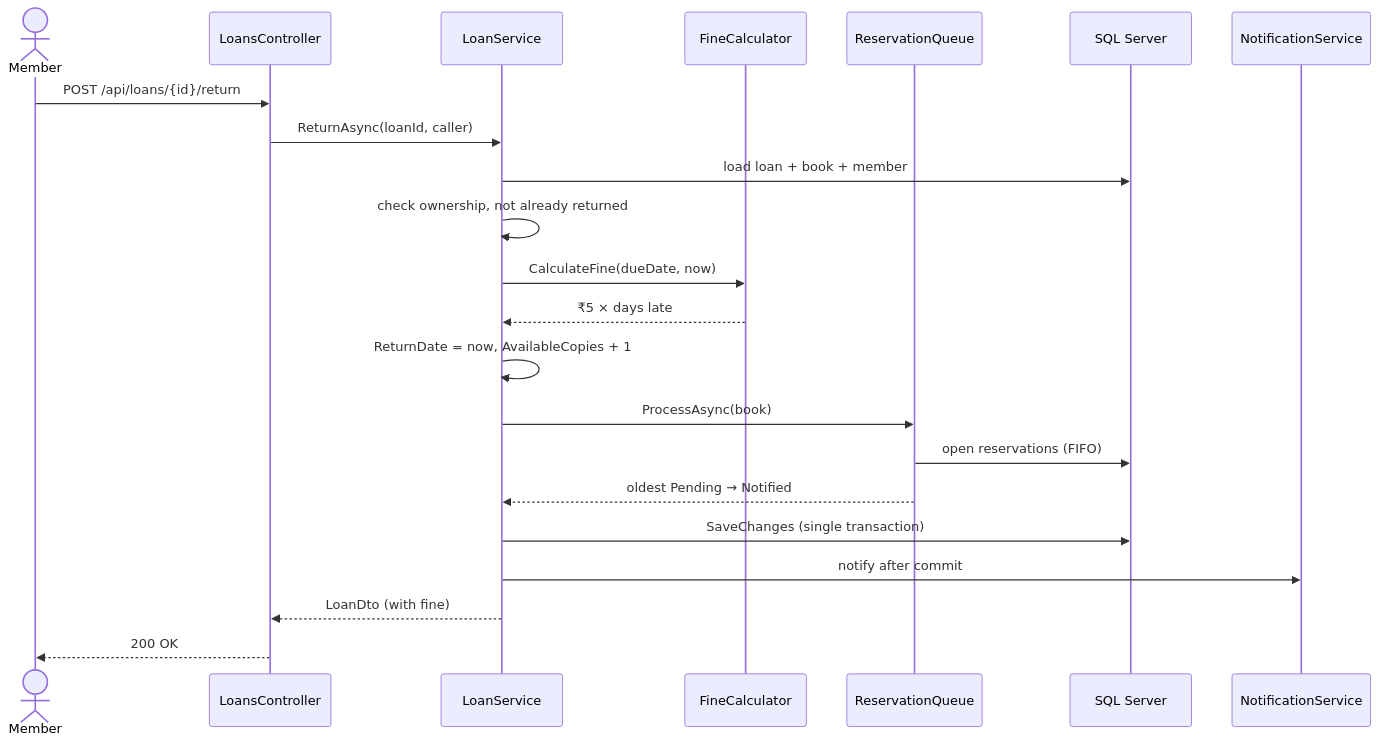
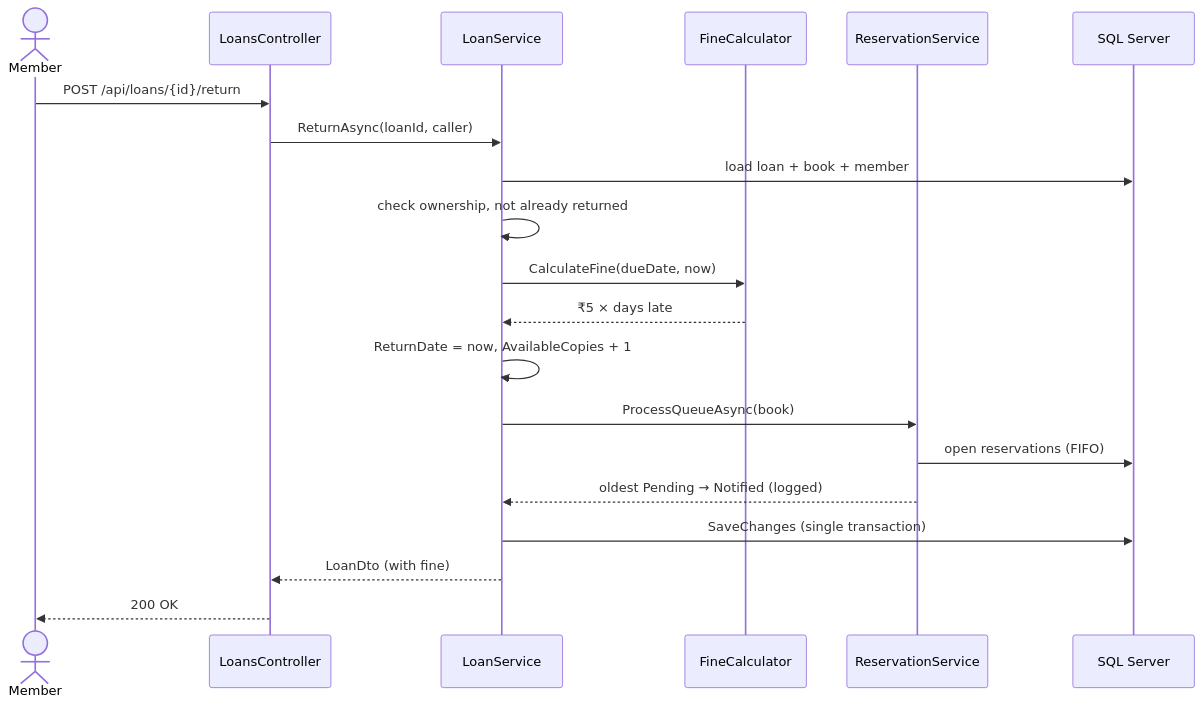
One commit to Rishabh893-ux/Library-Management-system changed the second of 4 diagrams in README.md. Above: the diagram before and after it, drawn with Mermaid. The commit also changed other lines of this file and 21 other files, not shown here.

````diff
--- a/README.md
+++ b/README.md
@@ -362,25 +361,23 @@
 ```mermaid
 sequenceDiagram
     actor M as Member
     participant C as LoansController
     participant L as LoanService
     participant F as FineCalculator
-    participant Q as ReservationQueue
+    participant R as ReservationService
     participant DB as SQL Server
-    participant N as NotificationService
 
     M->>C: POST /api/loans/{id}/return
     C->>L: ReturnAsync(loanId, caller)
     L->>DB: load loan + book + member
     L->>L: check ownership, not already returned
     L->>F: CalculateFine(dueDate, now)
     F-->>L: ₹5 × days late
     L->>L: ReturnDate = now, AvailableCopies + 1
-    L->>Q: ProcessAsync(book)
-    Q->>DB: open reservations (FIFO)
-    Q-->>L: oldest Pending → Notified
+    L->>R: ProcessQueueAsync(book)
+    R->>DB: open reservations (FIFO)
+    R-->>L: oldest Pending → Notified (logged)
     L->>DB: SaveChanges (single transaction)
-    L->>N: notify after commit
     L-->>C: LoanDto (with fine)
     C-->>M: 200 OK
 ```
````
